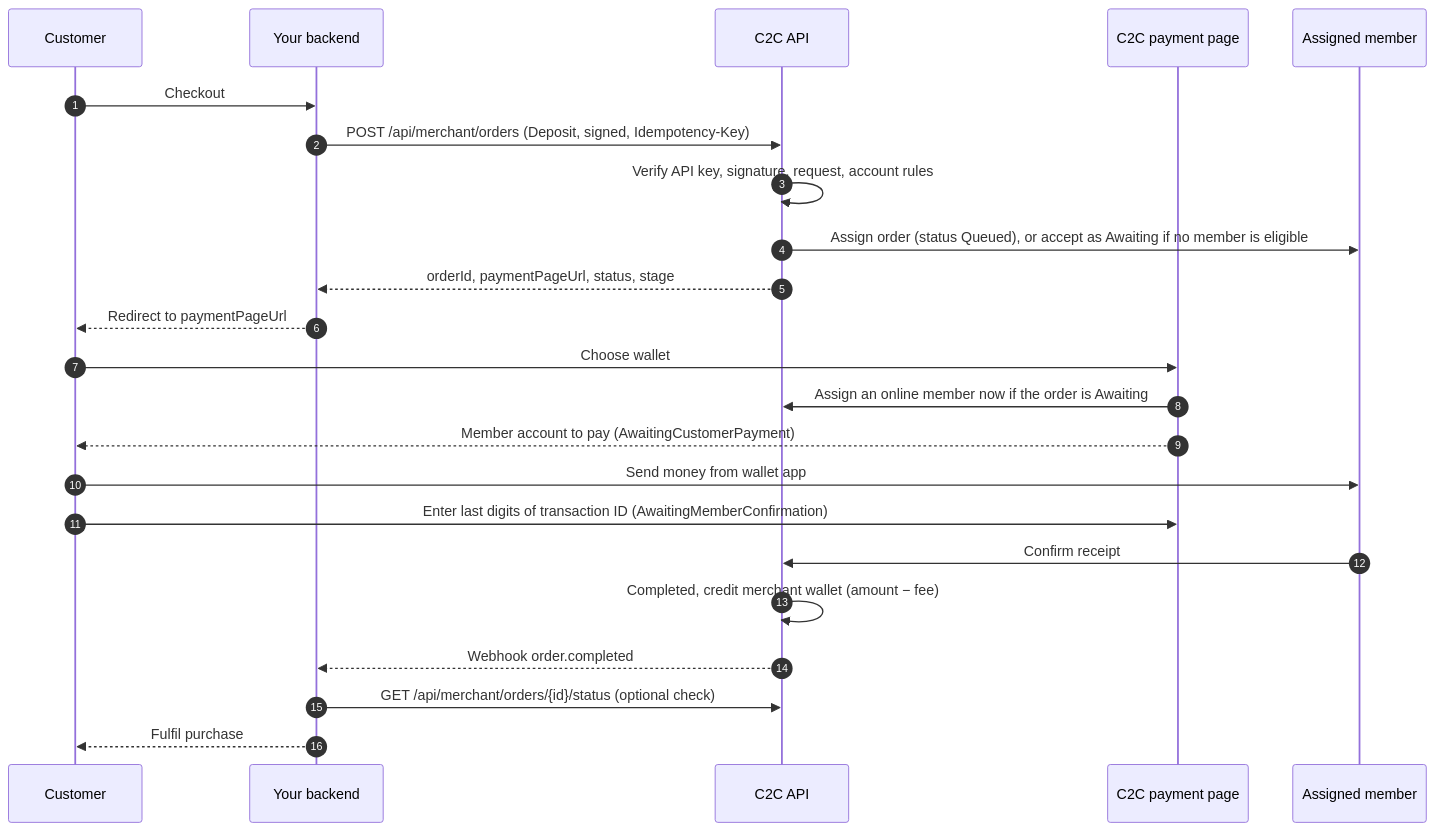
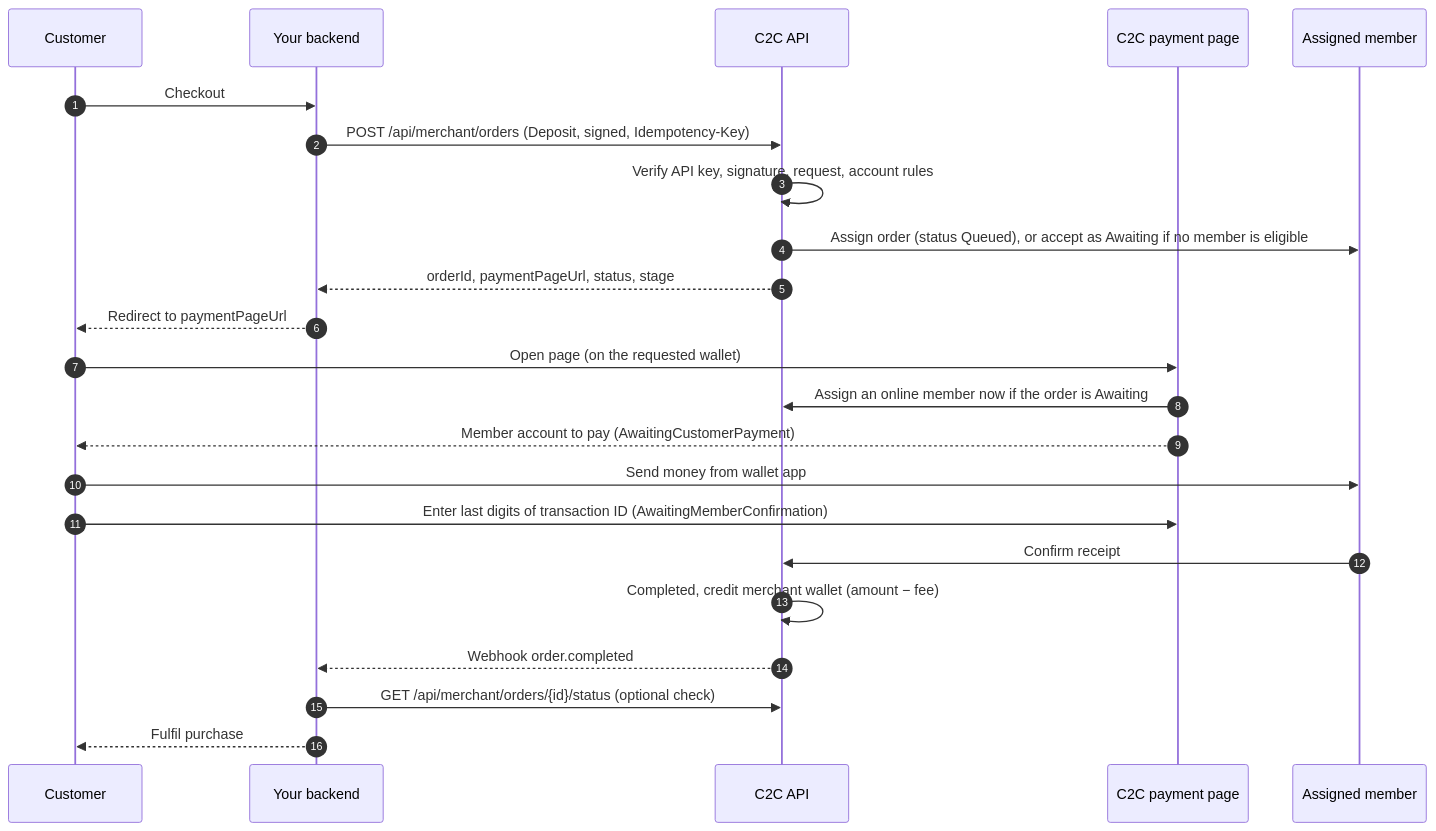
One commit to harisnaseer191/c2c-mintlify-docs changed the first of 2 diagrams in guides/deposit-flow.mdx. Above: the diagram before and after it, drawn with Mermaid. The commit also changed other lines of this file and 5 other files, not shown here.

First line of the commit message:
Document that the payment page opens on the requested wallet (#5)

````diff
--- a/guides/deposit-flow.mdx
+++ b/guides/deposit-flow.mdx
@@ -12,26 +12,26 @@
 ```mermaid
 sequenceDiagram
     autonumber
     participant Customer
     participant Merchant as Your backend
     participant C2C as C2C API
     participant Page as C2C payment page
     participant Member as Assigned member
 
     Customer->>Merchant: Checkout
     Merchant->>C2C: POST /api/merchant/orders (Deposit, signed, Idempotency-Key)
     C2C->>C2C: Verify API key, signature, request, account rules
     C2C->>Member: Assign order (status Queued), or accept as Awaiting if no member is eligible
     C2C-->>Merchant: orderId, paymentPageUrl, status, stage
     Merchant-->>Customer: Redirect to paymentPageUrl
-    Customer->>Page: Choose wallet
+    Customer->>Page: Open page (on the requested wallet)
     Page->>C2C: Assign an online member now if the order is Awaiting
     Page-->>Customer: Member account to pay (AwaitingCustomerPayment)
     Customer->>Member: Send money from wallet app
     Customer->>Page: Enter last digits of transaction ID (AwaitingMemberConfirmation)
     Member->>C2C: Confirm receipt
     C2C->>C2C: Completed, credit merchant wallet (amount − fee)
     C2C-->>Merchant: Webhook order.completed
     Merchant->>C2C: GET /api/merchant/orders/{id}/status (optional check)
     Merchant-->>Customer: Fulfil purchase
 ```
````
